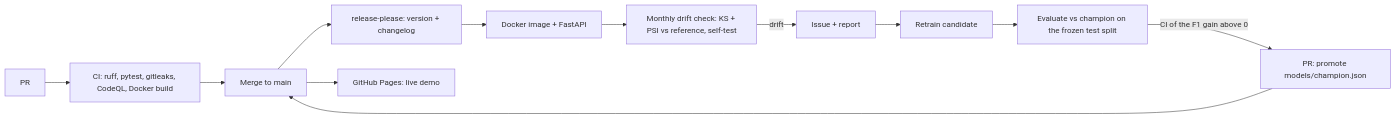
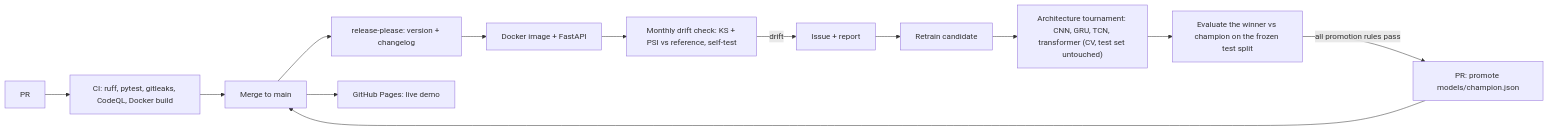
Before and after one commit to gabrielkpo/Fall-detection: the second of 2 diagrams in README.md, drawn with Mermaid. The commit also changed other lines of this file and 13 other files, not shown here.

First line of the commit message:
feat: architecture tournament and multi-architecture promotion (#26)

````diff
--- a/README.md
+++ b/README.md
@@ -30,14 +30,15 @@
 ```mermaid
 flowchart LR
     A[PR] --> B["CI: ruff, pytest, gitleaks, CodeQL, Docker build"]
     B --> C[Merge to main]
     C --> D["release-please: version + changelog"]
     C --> E["GitHub Pages: live demo"]
     D --> F["Docker image + FastAPI"]
     F --> G["Monthly drift check: KS + PSI vs reference, self-test"]
     G -->|drift| H[Issue + report]
     H --> I["Retrain candidate"]
-    I --> J["Evaluate vs champion on the frozen test split"]
-    J -->|CI of the F1 gain above 0| K["PR: promote models/champion.json"]
+    I --> T["Architecture tournament: CNN, GRU, TCN, transformer (CV, test set untouched)"]
+    T --> J["Evaluate the winner vs champion on the frozen test split"]
+    J -->|all promotion rules pass| K["PR: promote models/champion.json"]
     K --> C
 ```
````
